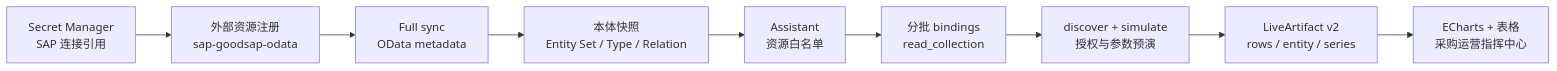
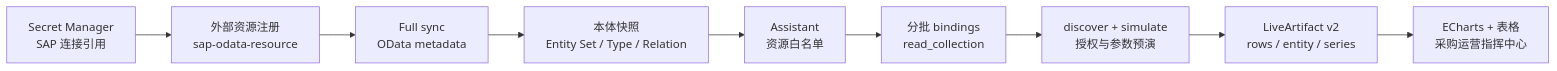
One commit to xpert-ai/docs changed the diagram in zh-Hans/data/tutorial/sap-resource/sap-procurement-operations-command-center.mdx. Above: the diagram before and after it, drawn with Mermaid. The commit also changed other lines of this file and 105 other files, not shown here.

````diff
--- a/zh-Hans/data/tutorial/sap-resource/sap-procurement-operations-command-center.mdx
+++ b/zh-Hans/data/tutorial/sap-resource/sap-procurement-operations-command-center.mdx
@@ -20,11 +28,11 @@
 ```mermaid
 flowchart LR
-  A[Secret Manager\nSAP 连接引用] --> B[外部资源注册\nsap-goodsap-odata]
+  A[Secret Manager\nSAP 连接引用] --> B[外部资源注册\nsap-odata-resource]
   B --> C[Full sync\nOData metadata]
   C --> D[本体快照\nEntity Set / Type / Relation]
   D --> E[Assistant\n资源白名单]
   E --> F[分批 bindings\nread_collection]
   F --> G[discover + simulate\n授权与参数预演]
   G --> H[LiveArtifact v2\nrows / entity / series]
   H --> I[ECharts + 表格\n采购运营指挥中心]
 ```
````
